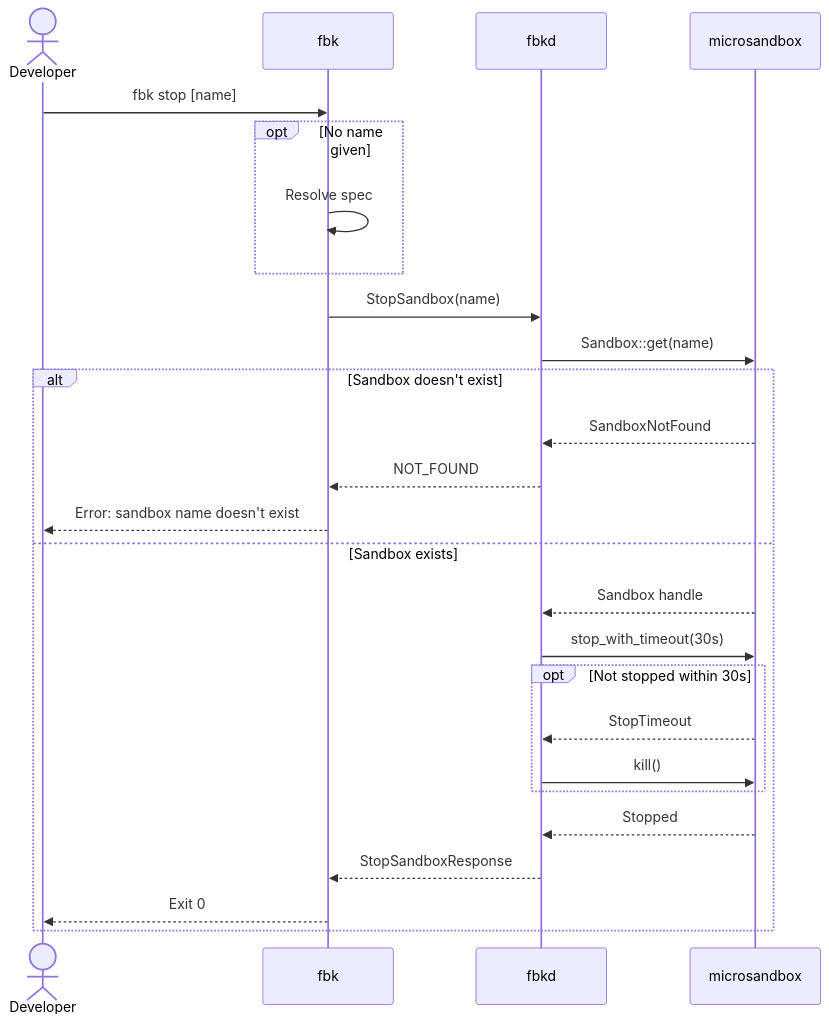
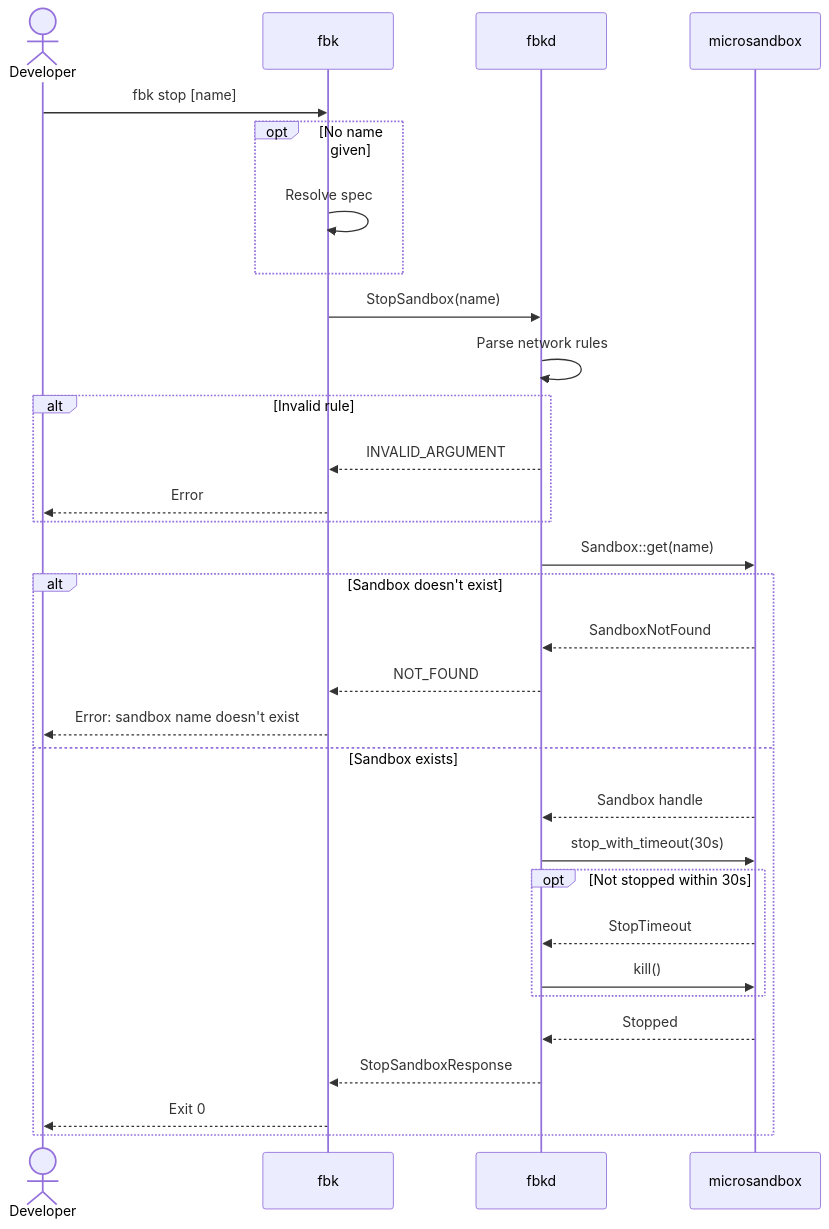
Before and after one commit to wmeints/anvil: the second of 6 diagrams in docs/architecture/06-runtime-view.md, drawn with Mermaid. The commit also changed other lines of this file and 16 other files, not shown here.

First line of the commit message:
feat(daemon): enforce network allow/deny rules from .firebrick.yml

````diff
--- a/docs/architecture/06-runtime-view.md
+++ b/docs/architecture/06-runtime-view.md
@@ -112,29 +112,34 @@
 ```mermaid
 sequenceDiagram
     actor Dev as Developer
     participant CLI as fbk
     participant D as fbkd
     participant MS as microsandbox
 
     Dev->>CLI: fbk stop [name]
     opt No name given
         CLI->>CLI: Resolve spec
     end
     CLI->>D: StopSandbox(name)
+    D->>D: Parse network rules
+    alt Invalid rule
+        D-->>CLI: INVALID_ARGUMENT
+        CLI-->>Dev: Error
+    end
     D->>MS: Sandbox::get(name)
     alt Sandbox doesn't exist
         MS-->>D: SandboxNotFound
         D-->>CLI: NOT_FOUND
         CLI-->>Dev: Error: sandbox name doesn't exist
     else Sandbox exists
         MS-->>D: Sandbox handle
         D->>MS: stop_with_timeout(30s)
         opt Not stopped within 30s
             MS-->>D: StopTimeout
             D->>MS: kill()
         end
         MS-->>D: Stopped
         D-->>CLI: StopSandboxResponse
         CLI-->>Dev: Exit 0
     end
 ```
````
